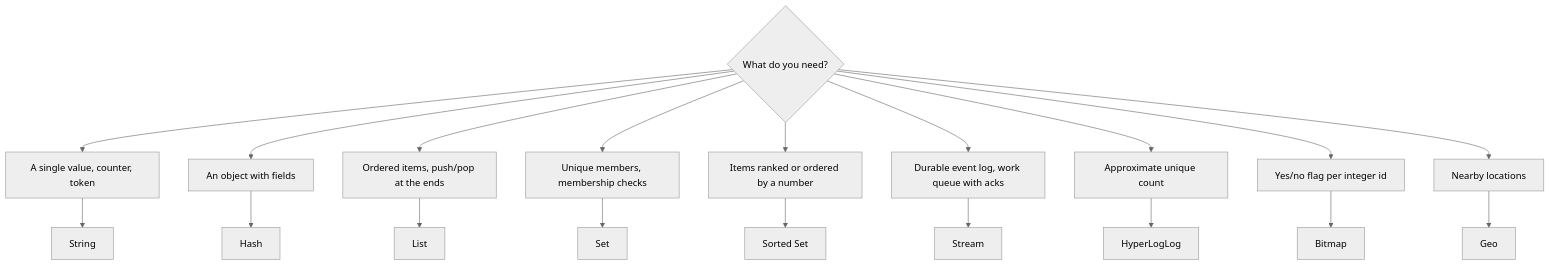
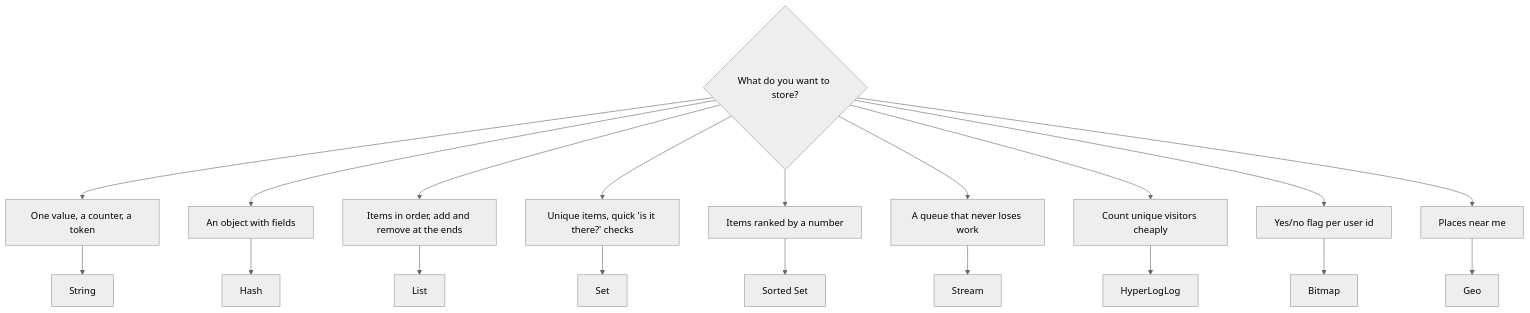
Before and after one commit to selvakumarperumal/Regulatory_Circular_Impact_Agent: the second of 30 diagrams in redis.md, drawn with Mermaid (neutral theme). The commit also changed other lines of this file, not shown here.

````diff
--- a/redis.md
+++ b/redis.md
@@ -194,12 +201,13 @@
 ```mermaid
 flowchart TD
-    Q{"What do you need?"} --> S1["A single value, counter, token"] --> STR["String"]
-    Q --> S2["An object with fields"] --> HASH["Hash"]
-    Q --> S3["Ordered items, push/pop at the ends"] --> LIST["List"]
-    Q --> S4["Unique members, membership checks"] --> SET["Set"]
-    Q --> S5["Items ranked or ordered by a number"] --> ZSET["Sorted Set"]
-    Q --> S6["Durable event log, work queue with acks"] --> STREAM["Stream"]
-    Q --> S7["Approximate unique count"] --> HLL["HyperLogLog"]
-    Q --> S8["Yes/no flag per integer id"] --> BIT["Bitmap"]
-    Q --> S9["Nearby locations"] --> GEO["Geo"]
+    Q{"What do you want to store?"}
+    Q --> A["One value, a counter, a token"] --> STR["String"]
+    Q --> B["An object with fields"] --> HASH["Hash"]
+    Q --> C["Items in order, add and remove at the ends"] --> LIST["List"]
+    Q --> D["Unique items, quick 'is it there?' checks"] --> SET["Set"]
+    Q --> E["Items ranked by a number"] --> ZSET["Sorted Set"]
+    Q --> F["A queue that never loses work"] --> STREAM["Stream"]
+    Q --> G["Count unique visitors cheaply"] --> HLL["HyperLogLog"]
+    Q --> H["Yes/no flag per user id"] --> BIT["Bitmap"]
+    Q --> I["Places near me"] --> GEO["Geo"]
 ```
````
